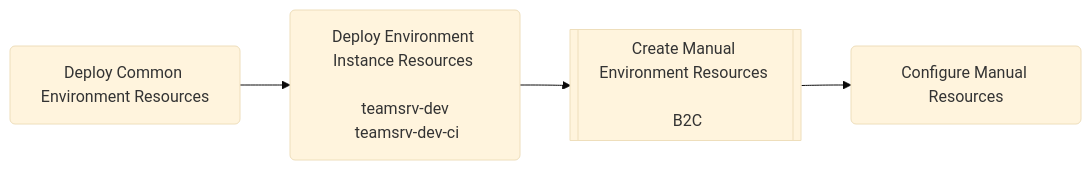
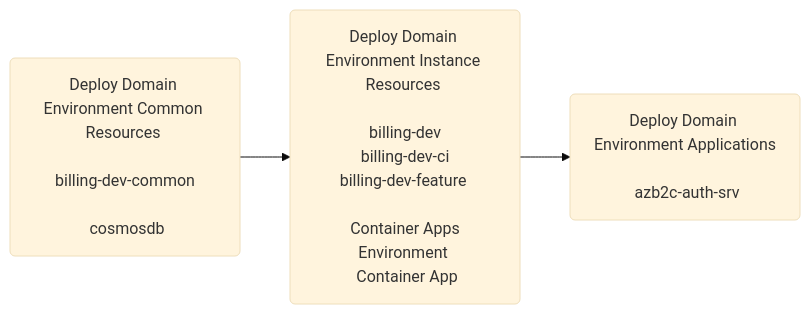
One commit to Miruken-Go/demo.microservice changed the second of 8 diagrams in deployment/design/SystemResourcesDeploymentFlow.md. Above: the diagram before and after it, drawn with Mermaid (base theme). The commit also changed other lines of this file and 3 other files, not shown here.

````diff
--- a/deployment/design/SystemResourcesDeploymentFlow.md
+++ b/deployment/design/SystemResourcesDeploymentFlow.md
@@ -21,13 +39,11 @@
 ```mermaid
 
 flowchart LR
-    A(Deploy Common Environment Resources)
+    A(Deploy Domain Environment Common Resources </br></br> billing-dev-common </br></br> cosmosdb)
 
-    B(Deploy Environment Instance Resources </br></br> teamsrv-dev </br> teamsrv-dev-ci)
+    B(Deploy Domain Environment Instance Resources </br></br> billing-dev </br> billing-dev-ci </br>billing-dev-feature </br></br> Container Apps Environment </br> Container App)
+
+    C(Deploy Domain Environment Applications</br></br> azb2c-auth-srv)
     
-    C[[Create Manual Environment Resources </br></br> B2C]]
-
-    D(Configure Manual Resources)
-
-    A --> B --> C --> D
+    A --> B --> C
 ```
````
